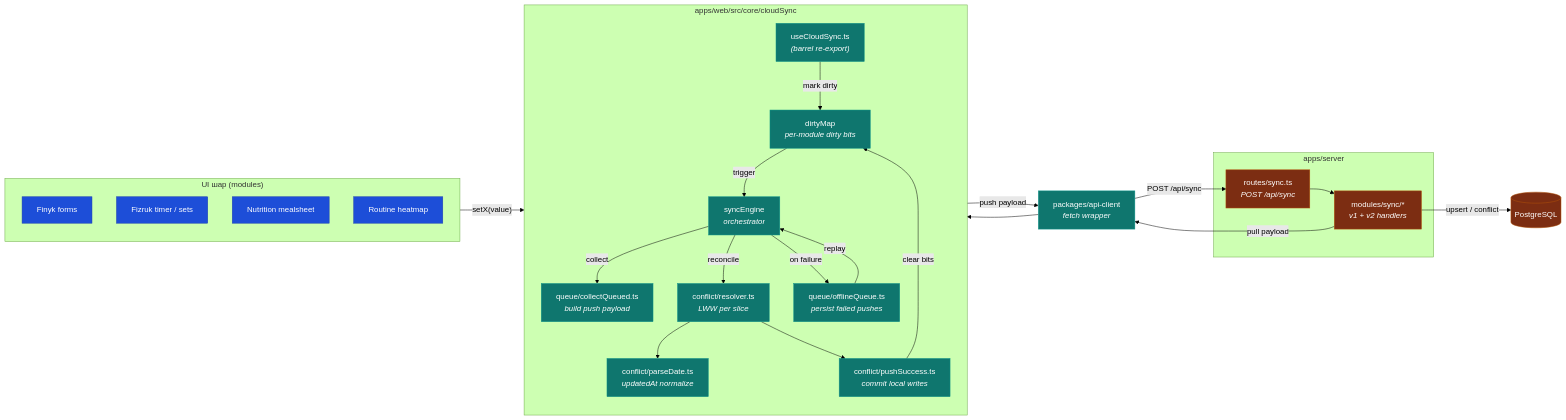
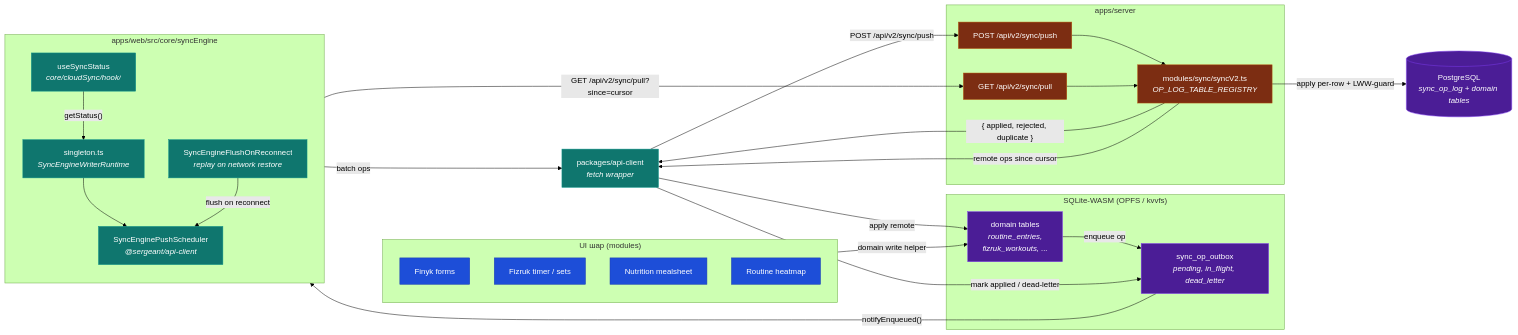
One commit to SkOrDs-02/sergeant changed the diagram in docs/architecture/diagrams/c3-cloudsync.md. Above: the diagram before and after it, drawn with Mermaid (forest theme). The commit also changed other lines of this file and 8 other files, not shown here.

````diff
--- a/docs/architecture/diagrams/c3-cloudsync.md
+++ b/docs/architecture/diagrams/c3-cloudsync.md
@@ -8,54 +8,60 @@
 ```mermaid
 flowchart LR
     subgraph UI["UI шар (modules)"]
         FinykUI["Finyk forms"]
         FizrukUI["Fizruk timer / sets"]
         NutritionUI["Nutrition mealsheet"]
         RoutineUI["Routine heatmap"]
     end
 
-    subgraph SyncCore["apps/web/src/core/cloudSync"]
+    subgraph SyncCore["apps/web/src/core/syncEngine"]
         direction TB
-        Hook["useCloudSync.ts<br/><i>(barrel re-export)</i>"]
-        DirtyMap["dirtyMap<br/><i>per-module dirty bits</i>"]
-        Engine["syncEngine<br/><i>orchestrator</i>"]
-        Collect["queue/collectQueued.ts<br/><i>build push payload</i>"]
-        OfflineQ["queue/offlineQueue.ts<br/><i>persist failed pushes</i>"]
-        Resolver["conflict/resolver.ts<br/><i>LWW per slice</i>"]
-        PushOK["conflict/pushSuccess.ts<br/><i>commit local writes</i>"]
-        ParseDate["conflict/parseDate.ts<br/><i>updatedAt normalize</i>"]
+        Writer["singleton.ts<br/><i>SyncEngineWriterRuntime</i>"]
+        Scheduler["SyncEnginePushScheduler<br/><i>@sergeant/api-client</i>"]
+        FlushReconn["SyncEngineFlushOnReconnect<br/><i>replay on network restore</i>"]
+        Status["useSyncStatus<br/><i>core/cloudSync/hook/</i>"]
+    end
+
+    subgraph SQLite["SQLite-WASM (OPFS / kvvfs)"]
+        DomainTables["domain tables<br/><i>routine_entries,<br/>fizruk_workouts, ...</i>"]
+        Outbox["sync_op_outbox<br/><i>pending, in_flight, dead_letter</i>"]
     end
 
     APIClient["packages/api-client<br/><i>fetch wrapper</i>"]
 
     subgraph Server["apps/server"]
-        SyncRoute["routes/sync.ts<br/><i>POST /api/sync</i>"]
-        SyncMod["modules/sync/*<br/><i>v1 + v2 handlers</i>"]
+        PushRoute["POST /api/v2/sync/push"]
+        PullRoute["GET /api/v2/sync/pull"]
+        SyncV2["modules/sync/syncV2.ts<br/><i>OP_LOG_TABLE_REGISTRY</i>"]
     end
 
-    PG[("PostgreSQL")]
+    PG[("PostgreSQL<br/><i>sync_op_log + domain tables</i>")]
 
-    UI -->|"setX(value)"| Hook
-    Hook -->|"mark dirty"| DirtyMap
-    DirtyMap -->|"trigger"| Engine
-    Engine -->|"collect"| Collect
-    Collect -->|"push payload"| APIClient
-    APIClient -->|"POST /api/sync"| SyncRoute
-    SyncRoute --> SyncMod
-    SyncMod -->|"upsert / conflict"| PG
-    SyncMod -->|"pull payload"| APIClient
-    APIClient --> Engine
-    Engine -->|"reconcile"| Resolver
-    Resolver --> ParseDate
-    Resolver --> PushOK
-    Engine -->|"on failure"| OfflineQ
-    OfflineQ -->|"replay"| Engine
-    PushOK -->|"clear bits"| DirtyMap
+    UI -->|"domain write helper"| DomainTables
+    DomainTables -->|"enqueue op"| Outbox
+    Outbox -->|"notifyEnqueued()"| Writer
+    Writer --> Scheduler
+    Scheduler -->|"batch ops"| APIClient
+    APIClient -->|"POST /api/v2/sync/push"| PushRoute
+    PushRoute --> SyncV2
+    SyncV2 -->|"apply per-row + LWW-guard"| PG
+    SyncV2 -->|"{ applied, rejected, duplicate }"| APIClient
+    APIClient -->|"mark applied / dead-letter"| Outbox
+    FlushReconn -->|"flush on reconnect"| Scheduler
+
+    Writer -->|"GET /api/v2/sync/pull?since=cursor"| PullRoute
+    PullRoute --> SyncV2
+    SyncV2 -->|"remote ops since cursor"| APIClient
+    APIClient -->|"apply remote"| DomainTables
+
+    Status -->|"getStatus()"| Writer
 
     classDef ui fill:#1d4ed8,stroke:#1e40af,color:#fff
     classDef core fill:#0f766e,stroke:#0d9488,color:#fff
     classDef server fill:#7c2d12,stroke:#b45309,color:#fff
+    classDef store fill:#4b1d96,stroke:#7c3aed,color:#fff
     class FinykUI,FizrukUI,NutritionUI,RoutineUI ui
-    class Hook,DirtyMap,Engine,Collect,OfflineQ,Resolver,PushOK,ParseDate,APIClient core
-    class SyncRoute,SyncMod,PG server
+    class Writer,Scheduler,FlushReconn,Status,APIClient core
+    class PushRoute,PullRoute,SyncV2 server
+    class DomainTables,Outbox,PG store
 ```
````
